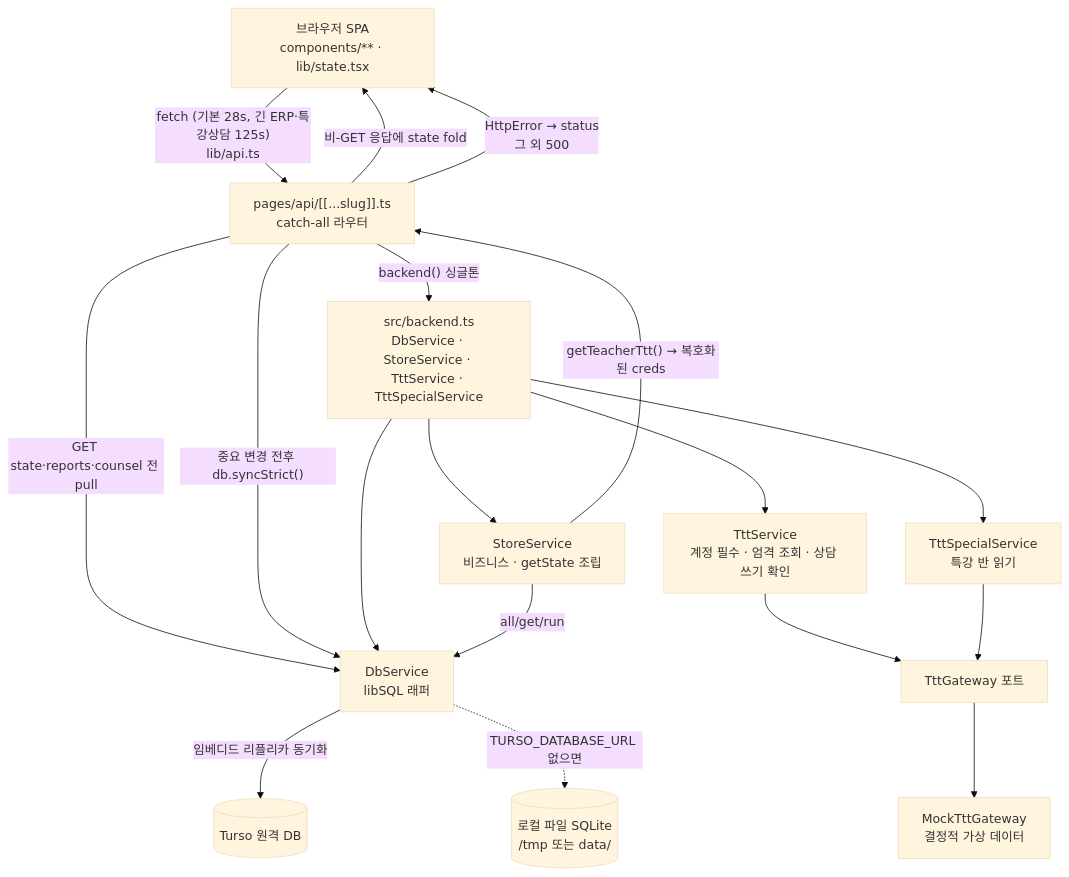
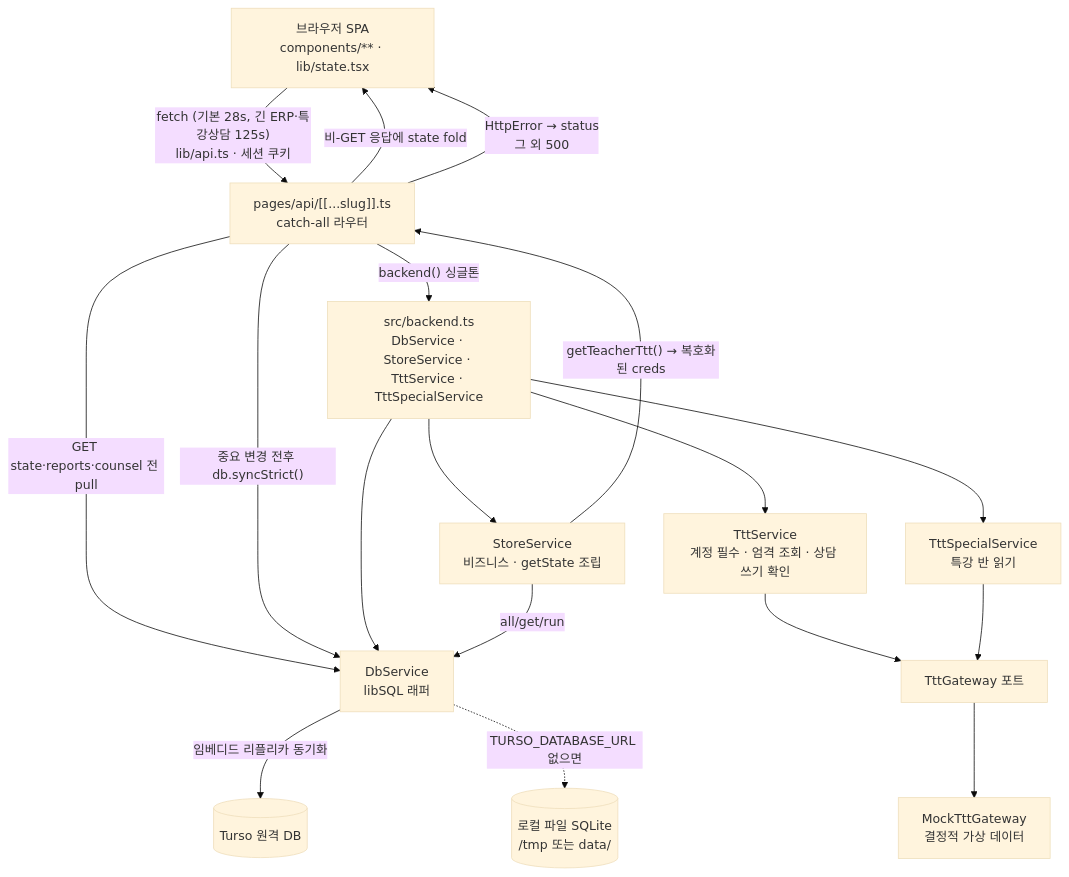
Before and after one commit to gjaku1031/npr-erp: the diagram in docs/architecture.md, drawn with Mermaid (base theme). The commit also changed other lines of this file and 27 other files, not shown here.

````diff
--- a/docs/architecture.md
+++ b/docs/architecture.md
@@ -139,28 +152,28 @@
 ```mermaid
 flowchart TD
     B["브라우저 SPA<br/>components/** · lib/state.tsx"]
-    B -->|"fetch (기본 28s, 긴 ERP·특강상담 125s)<br/>lib/api.ts"| R
+    B -->|"fetch (기본 28s, 긴 ERP·특강상담 125s)<br/>lib/api.ts · 세션 쿠키"| R
 
     R["pages/api/[[...slug]].ts<br/>catch-all 라우터"]
     R -->|"backend() 싱글톤"| W["src/backend.ts<br/>DbService · StoreService · TttService · TttSpecialService"]
 
     R -->|"GET state·reports·counsel 전 pull"| D
     R -->|"중요 변경 전후 db.syncStrict()"| D
 
     W --> S["StoreService<br/>비즈니스 · getState 조립"]
     W --> D["DbService<br/>libSQL 래퍼"]
     W --> T["TttService<br/>계정 필수 · 엄격 조회 · 상담 쓰기 확인"]
     W --> ST["TttSpecialService<br/>특강 반 읽기"]
 
     S -->|"all/get/run"| D
     D -->|"임베디드 리플리카 동기화"| TU[("Turso 원격 DB")]
     D -.->|"TURSO_DATABASE_URL 없으면"| F[("로컬 파일 SQLite<br/>/tmp 또는 data/")]
 
     S -->|"getTeacherTtt() → 복호화된 creds"| R
     T --> G["TttGateway 포트"]
     ST --> G
     G --> M["MockTttGateway<br/>결정적 가상 데이터"]
 
     R -->|"비-GET 응답에 state fold"| B
     R -->|"HttpError → status<br/>그 외 500"| B
 ```
````
